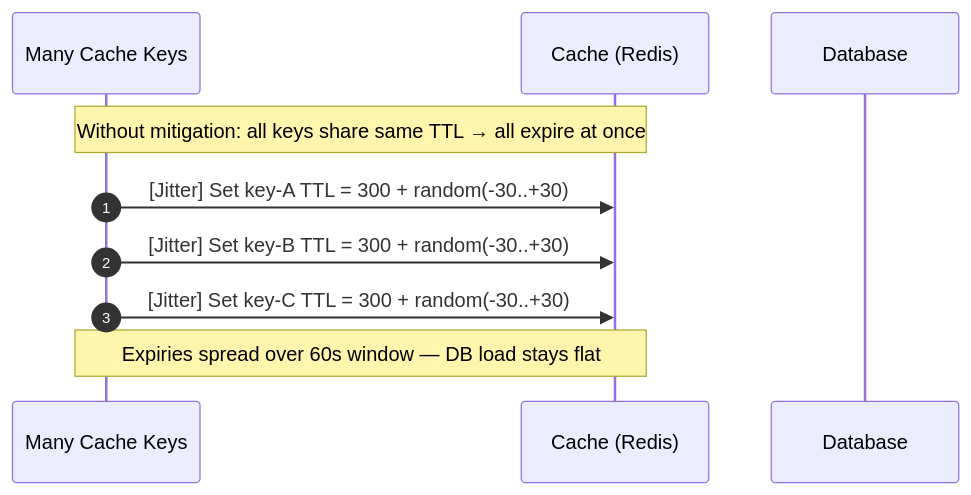
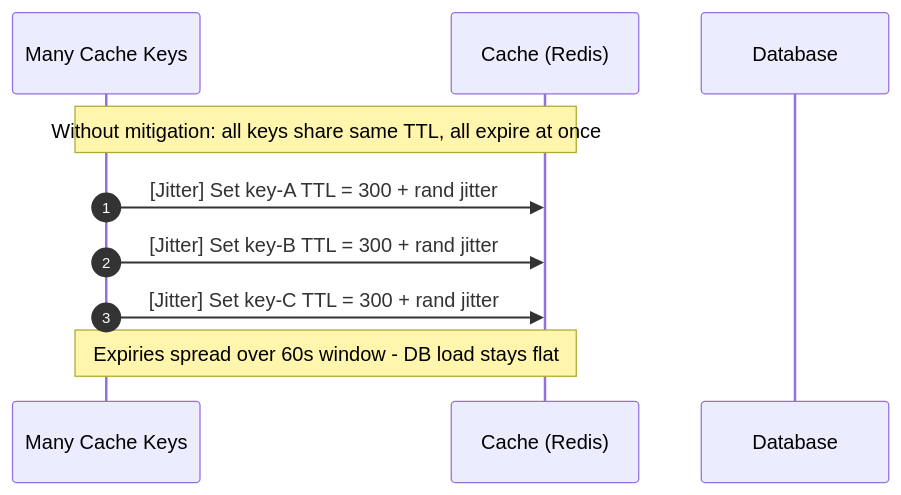
Before and after one commit to Jatinghataliya/caching-strategy: the eighth of 10 diagrams in README.md, drawn with Mermaid. The commit also changed other lines of this file, not shown here.

First line of the commit message:
fix: remove all invalid special characters from Mermaid sequence diagrams

````diff
--- a/README.md
+++ b/README.md
@@ -231,13 +231,13 @@
 ```mermaid
 sequenceDiagram
     autonumber
     participant Keys as Many Cache Keys
     participant Cache as Cache (Redis)
     participant DB as Database
 
-    Note over Keys,Cache: Without mitigation: all keys share same TTL → all expire at once
-    Keys->>Cache: [Jitter] Set key-A TTL = 300 + random(-30..+30)
-    Keys->>Cache: [Jitter] Set key-B TTL = 300 + random(-30..+30)
-    Keys->>Cache: [Jitter] Set key-C TTL = 300 + random(-30..+30)
-    Note over Keys,Cache: Expiries spread over 60s window — DB load stays flat
+    Note over Keys,Cache: Without mitigation: all keys share same TTL, all expire at once
+    Keys->>Cache: [Jitter] Set key-A TTL = 300 + rand jitter
+    Keys->>Cache: [Jitter] Set key-B TTL = 300 + rand jitter
+    Keys->>Cache: [Jitter] Set key-C TTL = 300 + rand jitter
+    Note over Keys,Cache: Expiries spread over 60s window - DB load stays flat
 ```
````
